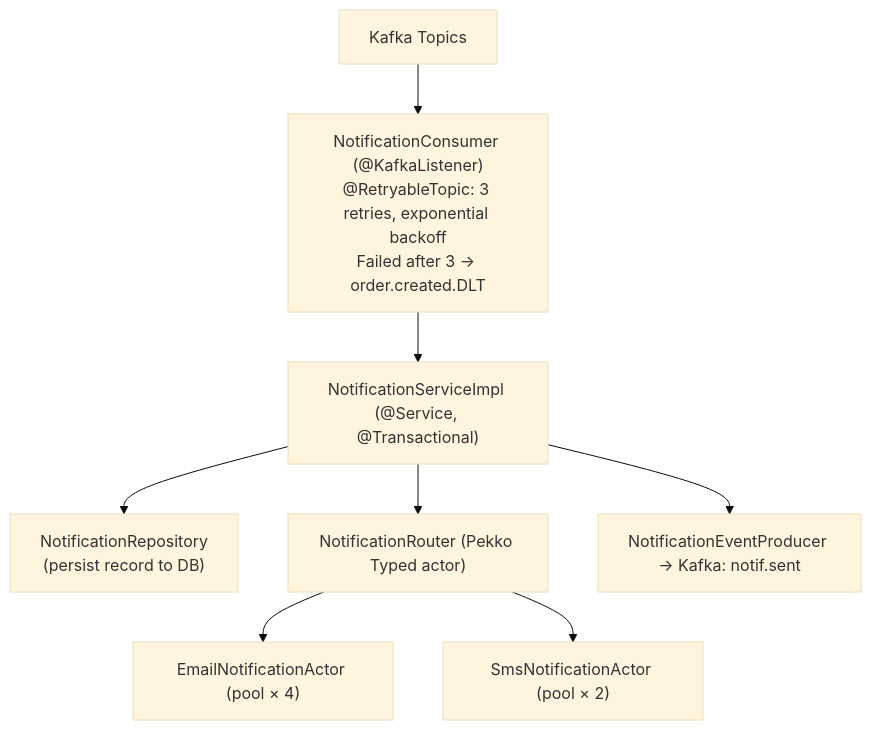
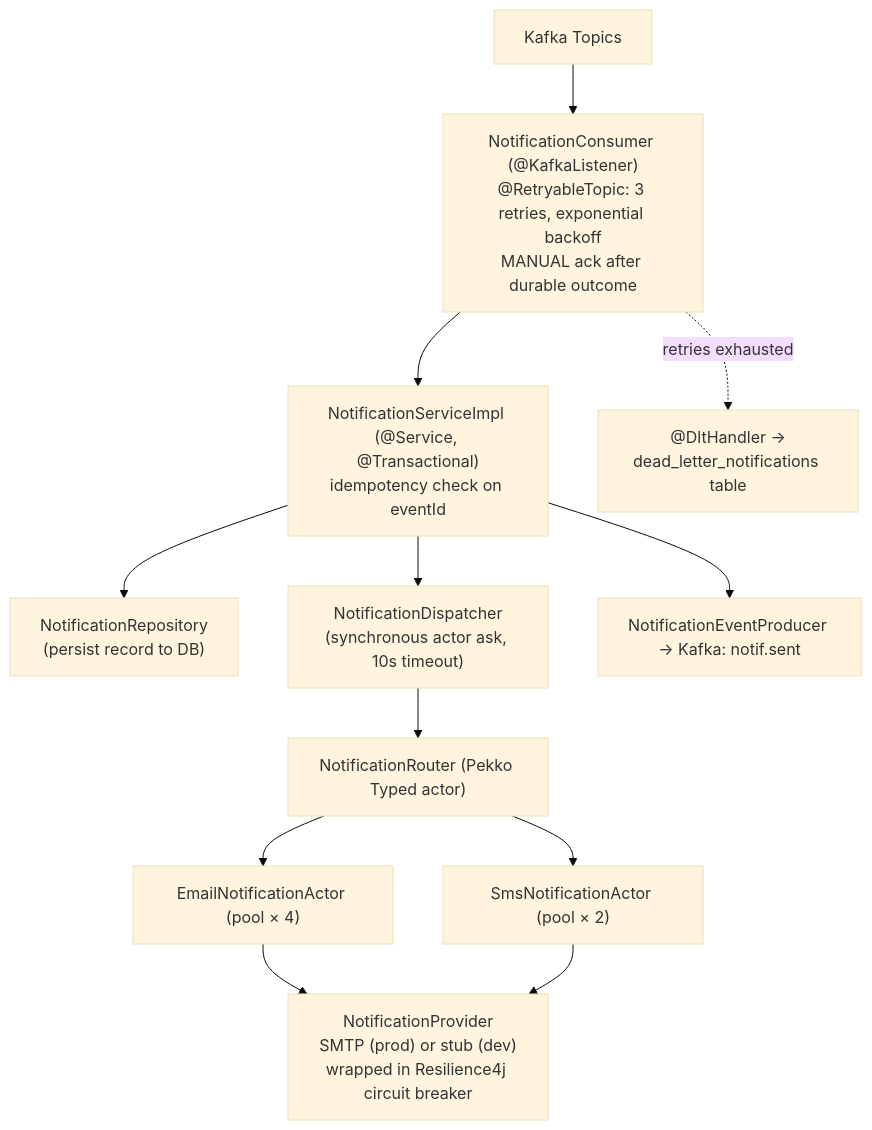
The diagram in notification-service/README.md (Arpit0324/Order-Processing-Service), drawn with Mermaid (base theme) before and after one commit. The commit also changed other lines of this file and 52 other files, not shown here.

Commit message:
improvements in notification service

````diff
--- a/notification-service/README.md
+++ b/notification-service/README.md
@@ -21,10 +25,14 @@
 ```mermaid
 flowchart TD
-    A[Kafka Topics] --> B["NotificationConsumer (@KafkaListener)<br/>@RetryableTopic: 3 retries, exponential backoff<br/>Failed after 3 → order.created.DLT"]
-    B --> C["NotificationServiceImpl (@Service, @Transactional)"]
+    A[Kafka Topics] --> B["NotificationConsumer (@KafkaListener)<br/>@RetryableTopic: 3 retries, exponential backoff<br/>MANUAL ack after durable outcome"]
+    B --> C["NotificationServiceImpl (@Service, @Transactional)<br/>idempotency check on eventId"]
     C --> D["NotificationRepository<br/>(persist record to DB)"]
-    C --> E["NotificationRouter (Pekko Typed actor)"]
+    C --> N["NotificationDispatcher<br/>(synchronous actor ask, 10s timeout)"]
+    N --> E["NotificationRouter (Pekko Typed actor)"]
     E --> F["EmailNotificationActor (pool × 4)"]
     E --> G["SmsNotificationActor (pool × 2)"]
+    F --> P["NotificationProvider<br/>SMTP (prod) or stub (dev)<br/>wrapped in Resilience4j circuit breaker"]
+    G --> P
     C --> H["NotificationEventProducer → Kafka: notif.sent"]
+    B -.->|retries exhausted| DLT["@DltHandler →<br/>dead_letter_notifications table"]
 ```
````
